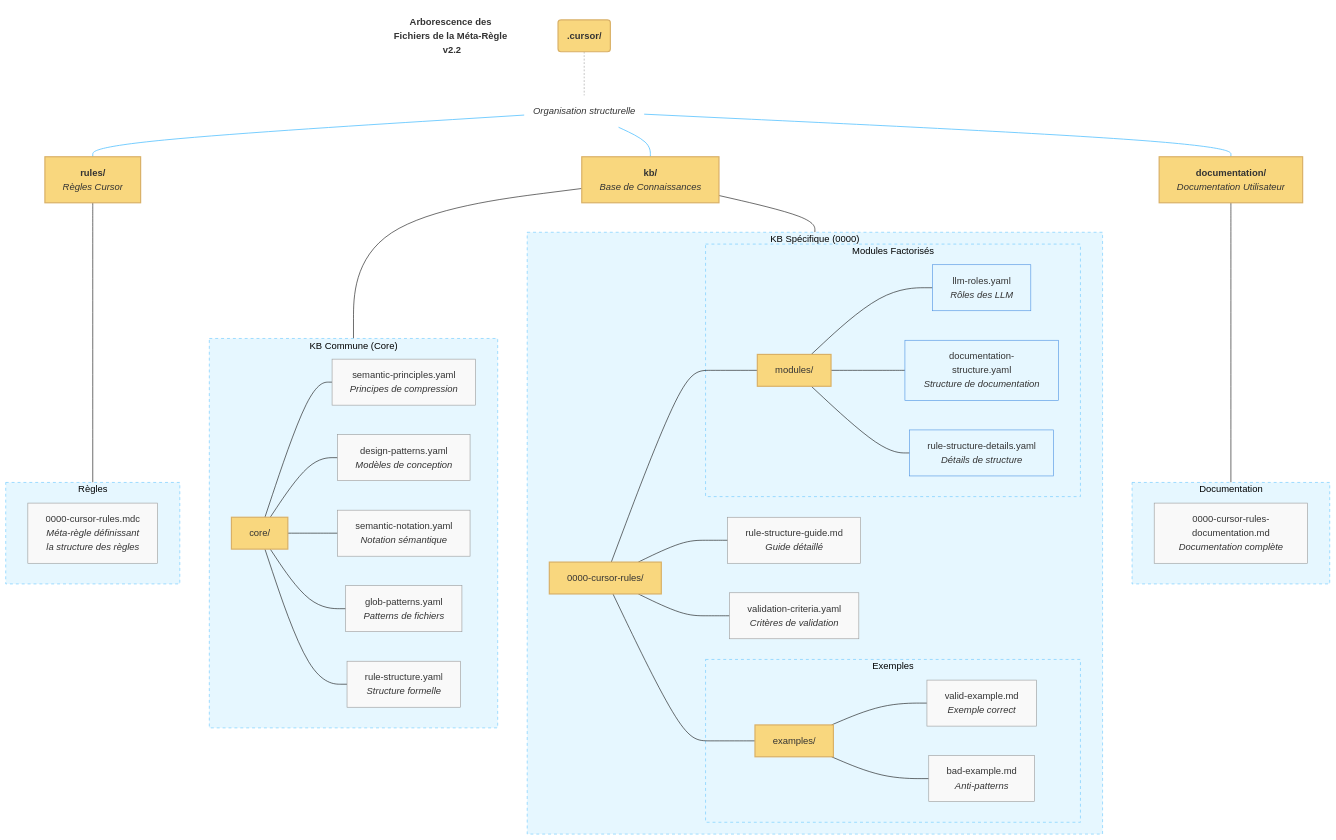
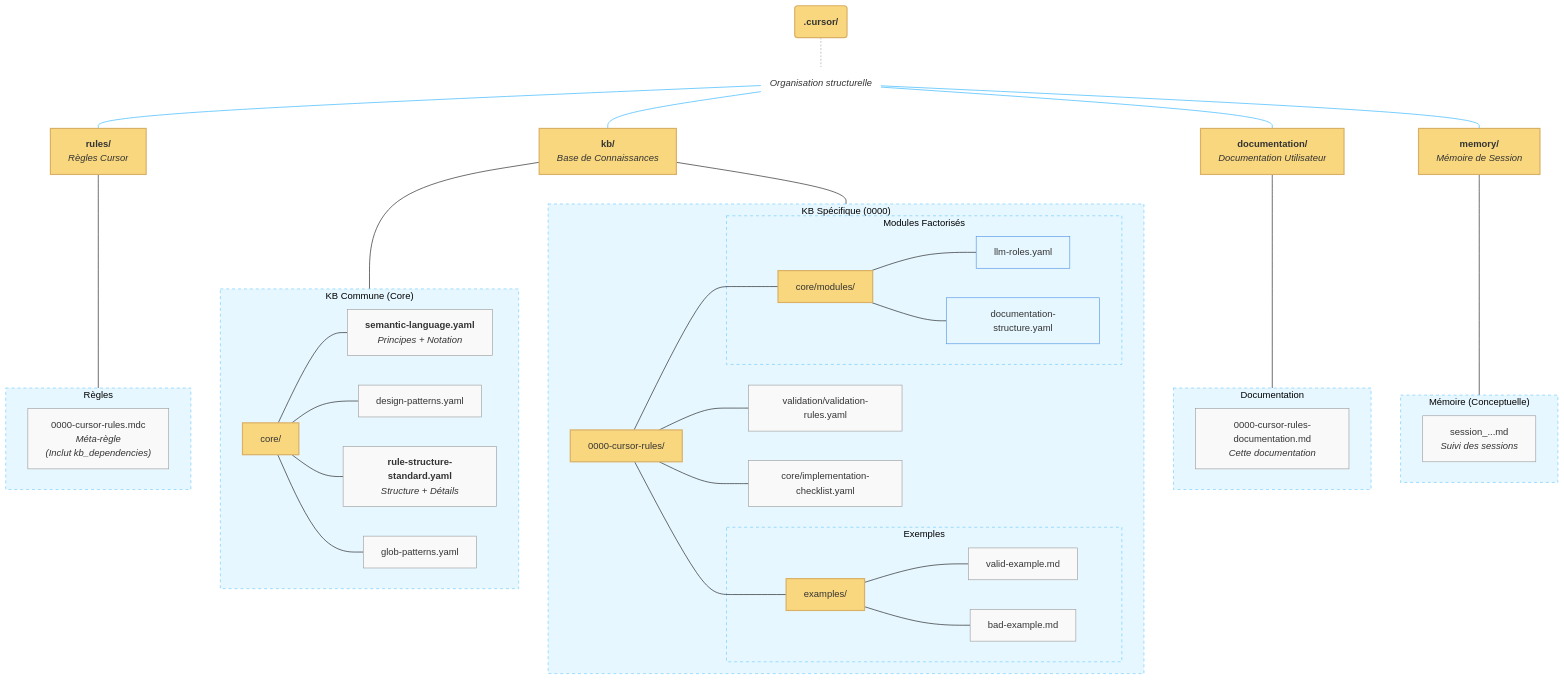
One commit to giak/cursor-rules-agile-workflow changed the tenth of 10 diagrams in .cursor/documentation/0000-cursor-rules-documentation.md. Above: the diagram before and after it, drawn with Mermaid. The commit also changed other lines of this file and 22 other files, not shown here.

````diff
--- a/.cursor/documentation/0000-cursor-rules-documentation.md
+++ b/.cursor/documentation/0000-cursor-rules-documentation.md
@@ -507,72 +478,78 @@
 ```mermaid
 %%{init: {'theme': 'base', 'themeVariables': { 'primaryColor': '#f0f8ff', 'fontSize': '16px'}}}%%
 flowchart TD
-    %% Titre du diagramme
-    title[<b>Arborescence des Fichiers de la Méta-Règle v2.2</b>]
-    style title fill:none,stroke:none
+    %% Titre est dans le Markdown au-dessus
+    %% title[<b>Arborescence Fichiers Méta-Règle (Post-Consolidation)</b>]
+    %% style title fill:none,stroke:none
 
     %% Organisation principale
     ROOT("<b>.cursor/</b>") --- STRUCTURE("<i>Organisation structurelle</i>")
     STRUCTURE --- RULES["<b>rules/</b><br><i>Règles Cursor</i>"]
     STRUCTURE --- KB["<b>kb/</b><br><i>Base de Connaissances</i>"]
     STRUCTURE --- DOC["<b>documentation/</b><br><i>Documentation Utilisateur</i>"]
+    STRUCTURE --- MEM["<b>memory/</b><br><i>Mémoire de Session</i>"]
 
     %% Section des règles
     subgraph RULES_GROUP ["Règles"]
-        METARULE["0000-cursor-rules.mdc<br><i>Méta-règle définissant<br>la structure des règles</i>"]
+        METARULE["0000-cursor-rules.mdc<br><i>Méta-règle<br>(Inclut kb_dependencies)</i>"]
     end
     RULES --- RULES_GROUP
 
-    %% Section KB Core
+    %% Section KB Core - MISE A JOUR
     subgraph KB_CORE ["KB Commune (Core)"]
-        CORE["core/"] --- SP["semantic-principles.yaml<br><i>Principes de compression</i>"]
-        CORE --- DP["design-patterns.yaml<br><i>Modèles de conception</i>"]
-        CORE --- SN["semantic-notation.yaml<br><i>Notation sémantique</i>"]
-        CORE --- GP["glob-patterns.yaml<br><i>Patterns de fichiers</i>"]
-        CORE --- RS["rule-structure.yaml<br><i>Structure formelle</i>"]
+        CORE["core/"] --- SL["<b>semantic-language.yaml</b><br><i>Principes + Notation</i>"]
+        CORE --- DP["design-patterns.yaml"]
+        CORE --- RSS["<b>rule-structure-standard.yaml</b><br><i>Structure + Détails</i>"]
+        CORE --- GP["glob-patterns.yaml"]
     end
     KB --- KB_CORE
 
-    %% Section KB 0000
+    %% Section KB 0000 - MISE A JOUR
     subgraph KB_SPECIFIC ["KB Spécifique (0000)"]
-        KB0000["0000-cursor-rules/"] --- RSG["rule-structure-guide.md<br><i>Guide détaillé</i>"]
-        KB0000 --- VC["validation-criteria.yaml<br><i>Critères de validation</i>"]
+        KB0000["0000-cursor-rules/"] --- VC["validation/validation-rules.yaml"]
+        KB0000 --- ICL["core/implementation-checklist.yaml"]
 
         subgraph EXAMPLES ["Exemples"]
-            EX["examples/"] --- VE["valid-example.md<br><i>Exemple correct</i>"]
-            EX --- IE["bad-example.md<br><i>Anti-patterns</i>"]
+            EX["examples/"] --- VE["valid-example.md"]
+            EX --- IE["bad-example.md"]
         end
         KB0000 --- EX
 
         subgraph MODULES ["Modules Factorisés"]
-            MOD["modules/"] --- LR["llm-roles.yaml<br><i>Rôles des LLM</i>"]
-            MOD --- DS["documentation-structure.yaml<br><i>Structure de documentation</i>"]
-            MOD --- RSD["rule-structure-details.yaml<br><i>Détails de structure</i>"]
+            MOD["core/modules/"] --- LR["llm-roles.yaml"]
+            MOD --- DS["documentation-structure.yaml"]
+            %% -- rule-structure-details.yaml -- Supprimé --
         end
         KB0000 --- MOD
     end
     KB --- KB_SPECIFIC
 
     %% Section Documentation
     subgraph DOC_GROUP ["Documentation"]
-        METADOC["0000-cursor-rules-documentation.md<br><i>Documentation complète</i>"]
+        METADOC["0000-cursor-rules-documentation.md<br><i>Cette documentation</i>"]
     end
     DOC --- DOC_GROUP
+
+    %% Section Mémoire
+    subgraph MEM_GROUP ["Mémoire (Conceptuelle)"]
+        MEMFILE["session_...md<br><i>Suivi des sessions</i>"]
+    end
+    MEM --- MEM_GROUP
 
     %% Légende
     classDef directory fill:#f9d77e,stroke:#d9b066,stroke-width:2px,border-radius:8px
     classDef file fill:#f9f9f9,stroke:#999,stroke-width:1px,border-radius:4px
     classDef module fill:#e6f7ff,stroke:#4a90e2,stroke-width:1px,border-radius:4px
     classDef section fill:#e6f7ff,stroke:#67c8ff,stroke-width:1px,stroke-dasharray:5 5,border-radius:10px
     classDef label fill:none,stroke:none
 
-    class ROOT,RULES,KB,DOC,CORE,KB0000,EX,MOD directory
-    class METARULE,SP,DP,SN,GP,RS,RSG,VC,VE,IE,METADOC file
-    class LR,DS,RSD module
+    class ROOT,RULES,KB,DOC,MEM,CORE,KB0000,EX,MOD directory
+    class METARULE,SL,DP,RSS,GP,VC,ICL,VE,IE,METADOC,MEMFILE file
+    class LR,DS module
     class STRUCTURE label
-    class RULES_GROUP,KB_CORE,KB_SPECIFIC,DOC_GROUP,EXAMPLES,MODULES section
+    class RULES_GROUP,KB_CORE,KB_SPECIFIC,DOC_GROUP,MEM_GROUP,EXAMPLES,MODULES section
 
     %% Annotations sur les relations
     linkStyle 0 stroke:#999,stroke-width:1px,stroke-dasharray:3 3
-    linkStyle 1,2,3 stroke:#67c8ff,stroke-width:1.5px
+    linkStyle 1,2,3,4 stroke:#67c8ff,stroke-width:1.5px
 ```
````
